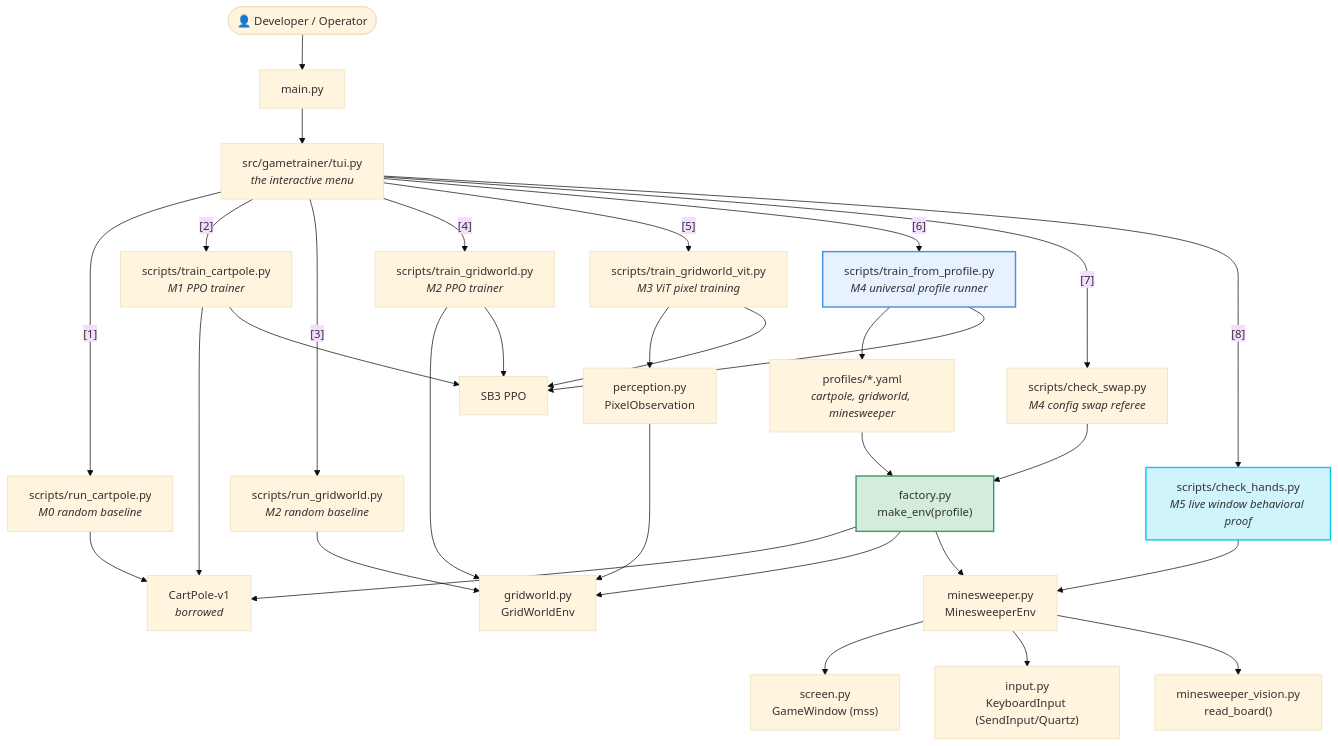
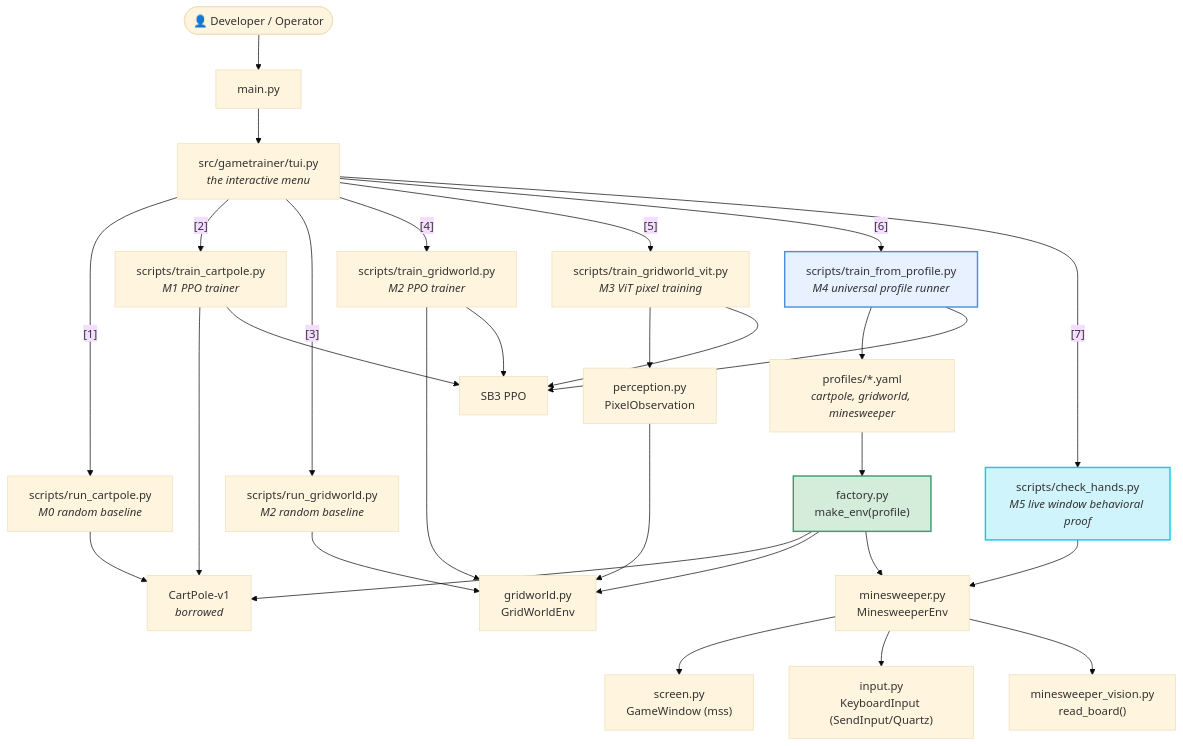
Before and after one commit to Showerss/GameTrainer: the fourth of 6 diagrams in docs/UML_FULL.md, drawn with Mermaid (base theme). The commit also changed other lines of this file and 1 other file, not shown here.

````diff
--- a/docs/UML_FULL.md
+++ b/docs/UML_FULL.md
@@ -320,42 +346,40 @@
 ```mermaid
 flowchart TB
     USER(["👤 Developer / Operator"])
     USER --> MAIN["main.py"]
     MAIN --> TUI["src/gametrainer/tui.py<br/><i>the interactive menu</i>"]
 
     TUI -->|"[1]"| S1["scripts/run_cartpole.py<br/><i>M0 random baseline</i>"]
     TUI -->|"[2]"| S2["scripts/train_cartpole.py<br/><i>M1 PPO trainer</i>"]
     TUI -->|"[3]"| S3["scripts/run_gridworld.py<br/><i>M2 random baseline</i>"]
     TUI -->|"[4]"| S4["scripts/train_gridworld.py<br/><i>M2 PPO trainer</i>"]
     TUI -->|"[5]"| S5["scripts/train_gridworld_vit.py<br/><i>M3 ViT pixel training</i>"]
     TUI -->|"[6]"| S6["scripts/train_from_profile.py<br/><i>M4 universal profile runner</i>"]
-    TUI -->|"[7]"| S7["scripts/check_swap.py<br/><i>M4 config swap referee</i>"]
-    TUI -->|"[8]"| S8["scripts/check_hands.py<br/><i>M5 live window behavioral proof</i>"]
+    TUI -->|"[7]"| S7["scripts/check_hands.py<br/><i>M5 live window behavioral proof</i>"]
 
     S1 --> CP["CartPole-v1<br/><i>borrowed</i>"]
     S2 --> CP
     S3 --> GW["gridworld.py<br/>GridWorldEnv"]
     S4 --> GW
     S5 --> GWP["perception.py<br/>PixelObservation"] --> GW
     
     S6 --> PROF["profiles/*.yaml<br/><i>cartpole, gridworld, minesweeper</i>"]
     PROF --> FACT["factory.py<br/>make_env(profile)"]
     FACT --> CP
     FACT --> GW
     FACT --> MS["minesweeper.py<br/>MinesweeperEnv"]
 
-    S7 --> FACT
-    S8 --> MS
+    S7 --> MS
     MS --> GWIN["screen.py<br/>GameWindow (mss)"]
     MS --> KBD["input.py<br/>KeyboardInput (SendInput/Quartz)"]
     MS --> VIS["minesweeper_vision.py<br/>read_board()"]
 
     S2 --> PPO["SB3 PPO"]
     S4 --> PPO
     S5 --> PPO
     S6 --> PPO
 
     style S6 fill:#e7f1ff,stroke:#4a90d9,stroke-width:2px
-    style S8 fill:#cff4fc,stroke:#0dcaf0,stroke-width:2px
+    style S7 fill:#cff4fc,stroke:#0dcaf0,stroke-width:2px
     style FACT fill:#d4edda,stroke:#3d9970,stroke-width:2px
 ```
````
